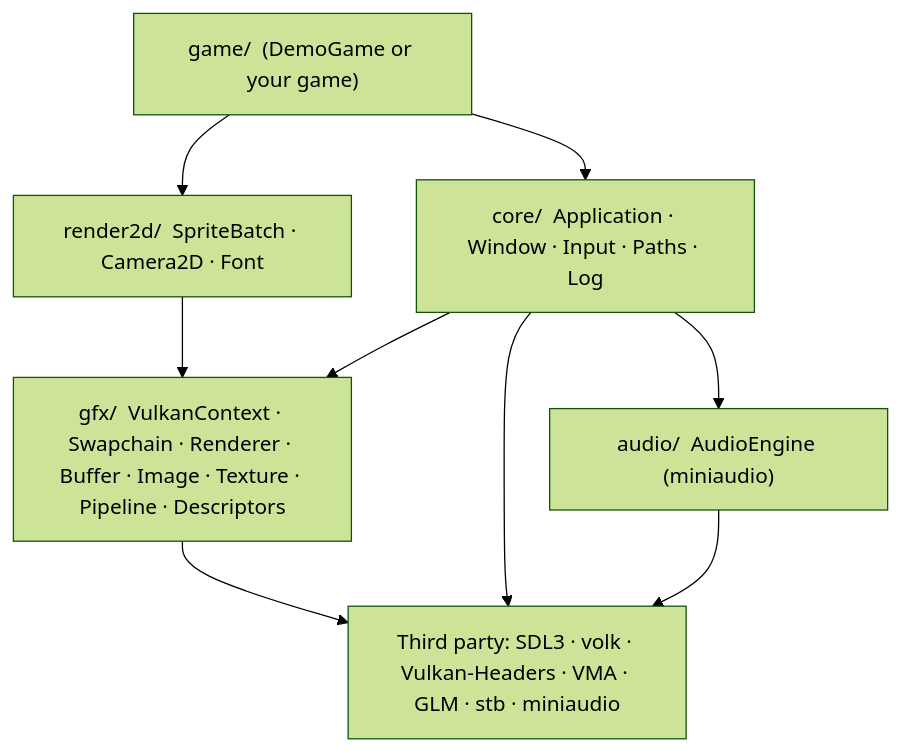
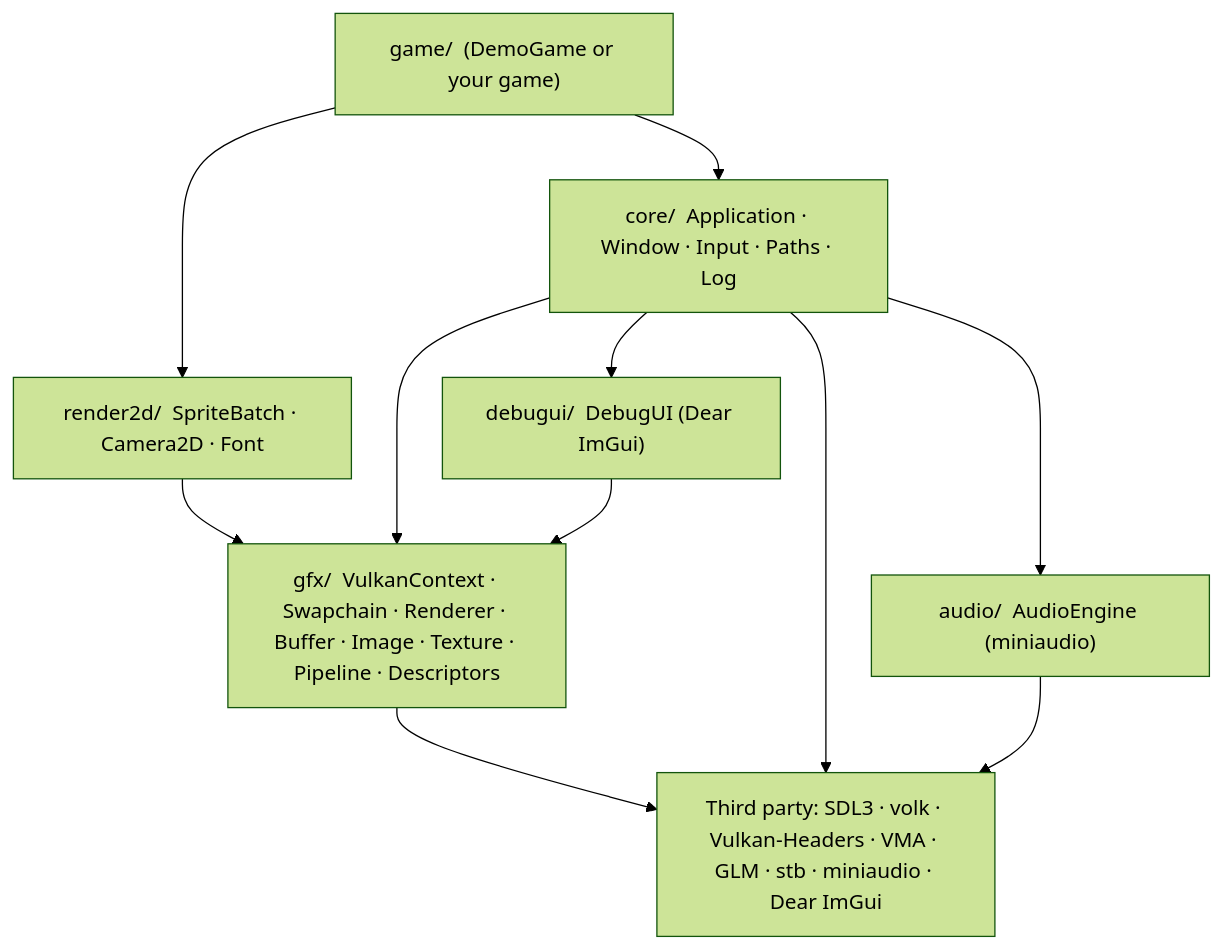
Before and after one commit to Chuck5ta/2DBaseFramework: the first of 9 diagrams in docs/ARCHITECTURE.md, drawn with Mermaid (forest theme). The commit also changed other lines of this file and 12 other files, not shown here.

````diff
--- a/docs/ARCHITECTURE.md
+++ b/docs/ARCHITECTURE.md
@@ -33,18 +33,21 @@
 ```mermaid
 flowchart TD
     game["game/  (DemoGame or your game)"]
     r2d["render2d/  SpriteBatch · Camera2D · Font"]
     core["core/  Application · Window · Input · Paths · Log"]
     aud["audio/  AudioEngine (miniaudio)"]
+    dbg["debugui/  DebugUI (Dear ImGui)"]
     gfx["gfx/  VulkanContext · Swapchain · Renderer · Buffer · Image · Texture · Pipeline · Descriptors"]
-    third["Third party: SDL3 · volk · Vulkan-Headers · VMA · GLM · stb · miniaudio"]
+    third["Third party: SDL3 · volk · Vulkan-Headers · VMA · GLM · stb · miniaudio · Dear ImGui"]
 
     game --> r2d
     game --> core
     r2d --> gfx
     core --> gfx
     core --> aud
+    core --> dbg
+    dbg --> gfx
     gfx --> third
     core --> third
     aud --> third
 ```
````
